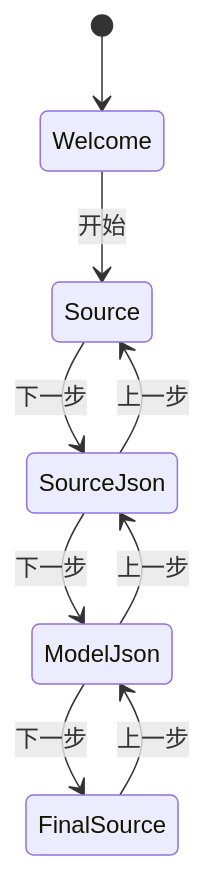
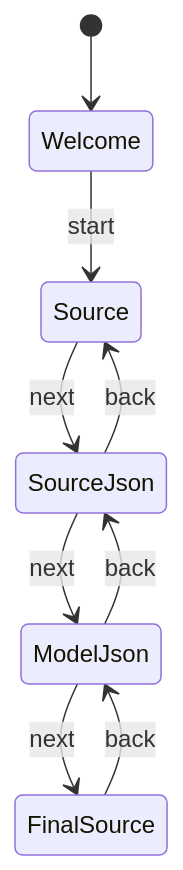
The fourth of 15 diagrams in src/pascal_c_to_mcp/code_decl_to_mcp_knowledge_base.md (PassByYou888/LingoFuse-Tools), drawn with Mermaid before and after one commit. The commit also changed other lines of this file, not shown here.

````diff
--- a/src/pascal_c_to_mcp/code_decl_to_mcp_knowledge_base.md
+++ b/src/pascal_c_to_mcp/code_decl_to_mcp_knowledge_base.md
@@ -266,11 +266,11 @@
 ```mermaid
 stateDiagram-v2
     [*] --> Welcome
-    Welcome --> Source: 开始
-    Source --> SourceJson: 下一步
-    SourceJson --> ModelJson: 下一步
-    ModelJson --> FinalSource: 下一步
-    FinalSource --> ModelJson: 上一步
-    ModelJson --> SourceJson: 上一步
-    SourceJson --> Source: 上一步
+    Welcome --> Source: start
+    Source --> SourceJson: next
+    SourceJson --> ModelJson: next
+    ModelJson --> FinalSource: next
+    FinalSource --> ModelJson: back
+    ModelJson --> SourceJson: back
+    SourceJson --> Source: back
 ```
````
